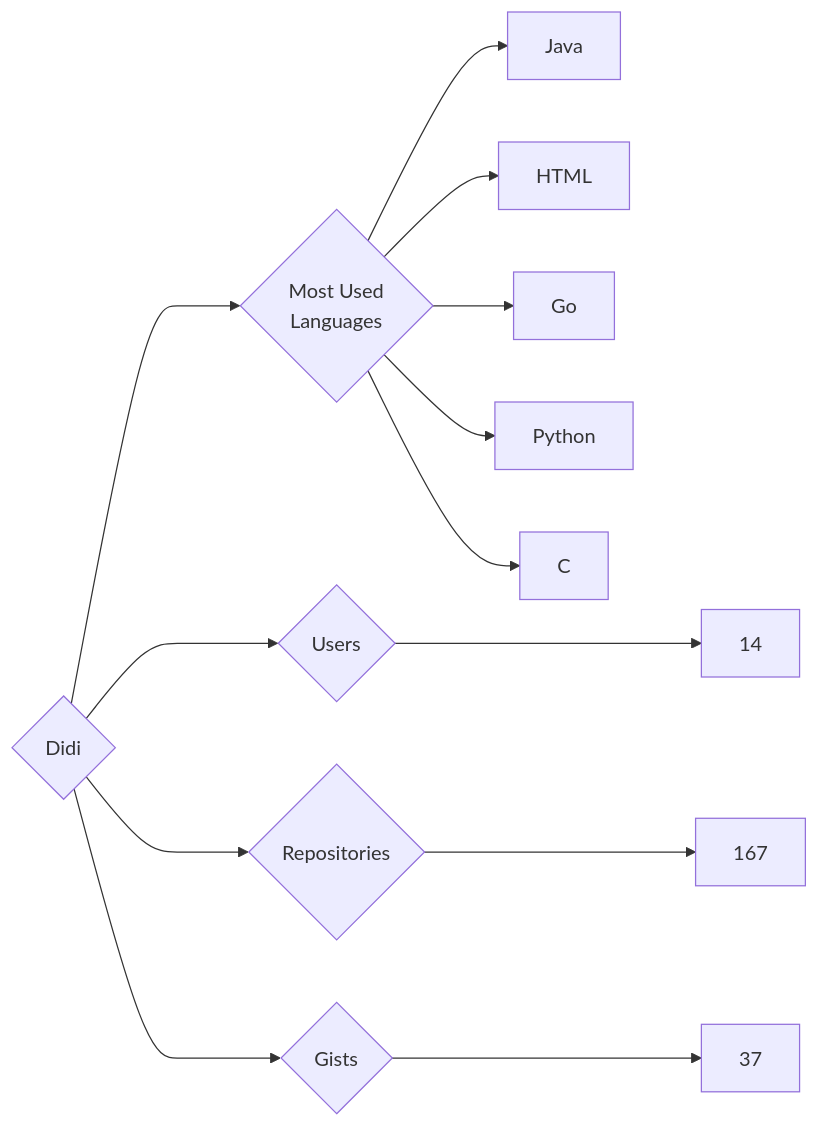
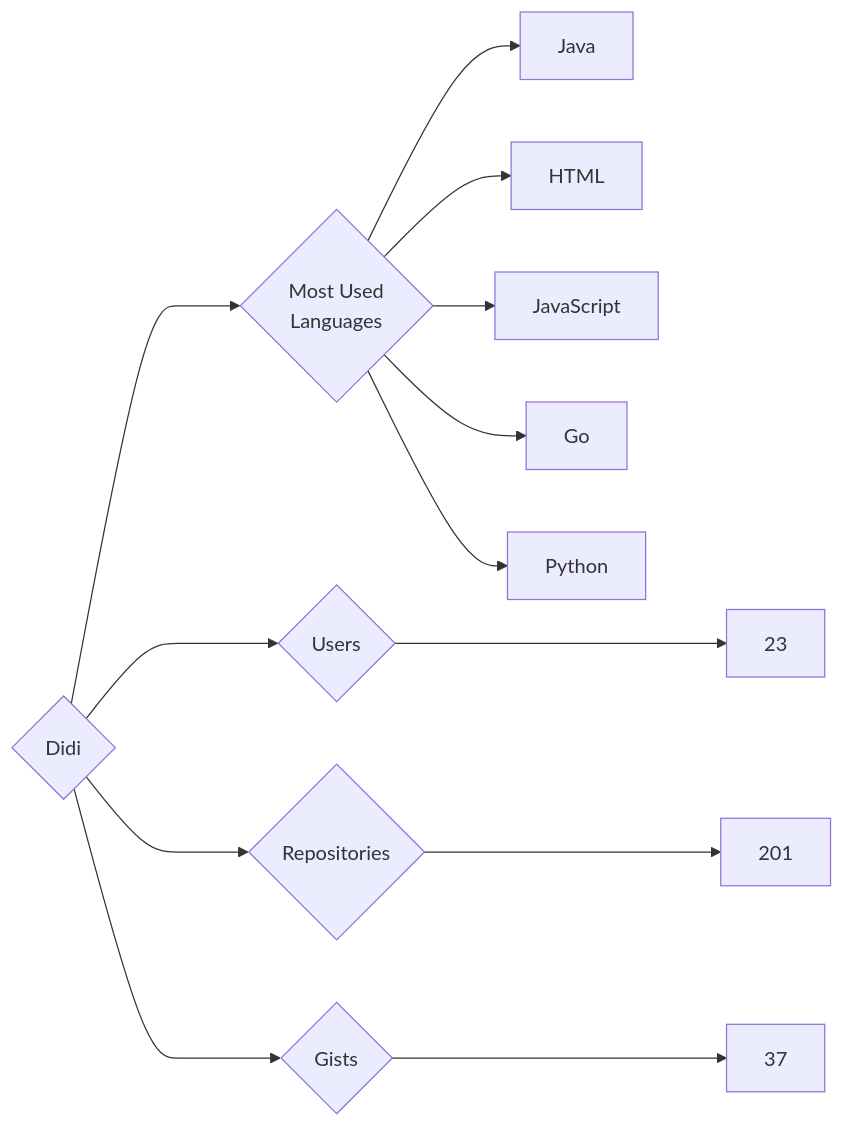
One commit to trickest/insiders changed the diagram in targets/Didi/README.md. Above: the diagram before and after it, drawn with Mermaid. The commit also changed 757 other files, not shown here.

````diff
--- a/targets/Didi/README.md
+++ b/targets/Didi/README.md
@@ -3,13 +3,13 @@
 ```mermaid
 graph LR
 COMPANY_NAME{Didi}
-COMPANY_NAME ---> U{Users} ---> UN[14]
-COMPANY_NAME ---> R{Repositories} ---> RN[167]
+COMPANY_NAME ---> U{Users} ---> UN[23]
+COMPANY_NAME ---> R{Repositories} ---> RN[201]
 COMPANY_NAME ---> G{Gists} ---> GN[37]
 COMPANY_NAME ---> ML{Most Used<br>Languages}
 ML --> Java[Java]
 ML --> HTML[HTML]
+ML --> JavaScript[JavaScript]
 ML --> Go[Go]
 ML --> Python[Python]
-ML --> C[C]
 ```
````
